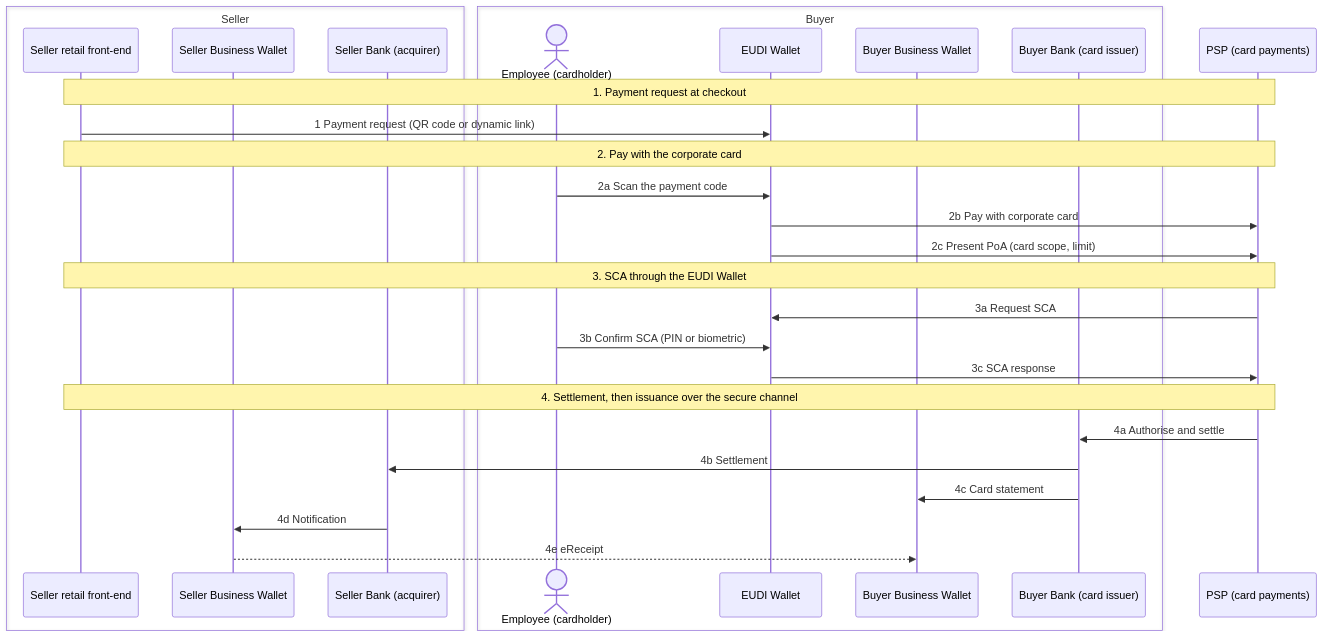
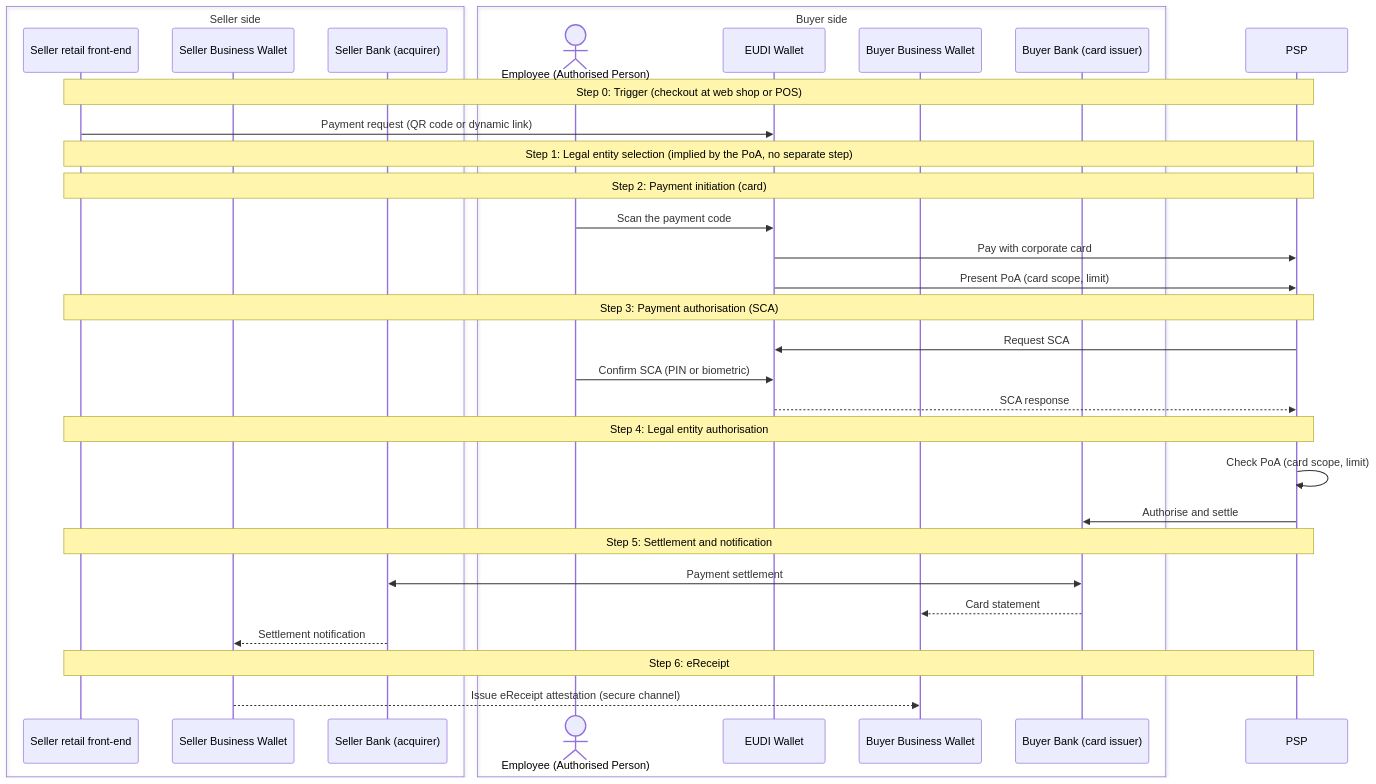
Before and after one commit to webuild-consortium/PA4: the diagram in scenario-1.3/README.md, drawn with Mermaid. The commit also changed other lines of this file and 1 other file, not shown here.

````diff
--- a/scenario-1.3/README.md
+++ b/scenario-1.3/README.md
@@ -54,35 +23,42 @@
 ```mermaid
 sequenceDiagram
-  box Seller
+  box Seller side
     participant Shop as Seller retail front-end
     participant SellerBW as Seller Business Wallet
     participant SellerBank as Seller Bank (acquirer)
   end
-  box Buyer
-    actor Employee as Employee (cardholder)
+  box Buyer side
+    actor Employee as Employee (Authorised Person)
     participant EUDI as EUDI Wallet
     participant BuyerBW as Buyer Business Wallet
     participant BuyerBank as Buyer Bank (card issuer)
   end
-  participant PSP as PSP (card payments)
+  participant PSP
 
-  note over Shop, PSP: 1. Payment request at checkout
-  Shop ->> EUDI: 1 Payment request (QR code or dynamic link)
+  note over Shop, PSP: Step 0: Trigger (checkout at web shop or POS)
+  Shop ->> EUDI: Payment request (QR code or dynamic link)
 
-  note over Shop, PSP: 2. Pay with the corporate card
-  Employee ->> EUDI: 2a Scan the payment code
-  EUDI ->> PSP: 2b Pay with corporate card
-  EUDI ->> PSP: 2c Present PoA (card scope, limit)
+  note over Shop, PSP: Step 1: Legal entity selection (implied by the PoA, no separate step)
 
-  note over Shop, PSP: 3. SCA through the EUDI Wallet
-  PSP ->> EUDI: 3a Request SCA
-  Employee ->> EUDI: 3b Confirm SCA (PIN or biometric)
-  EUDI ->> PSP: 3c SCA response
+  note over Shop, PSP: Step 2: Payment initiation (card)
+  Employee ->> EUDI: Scan the payment code
+  EUDI ->> PSP: Pay with corporate card
+  EUDI ->> PSP: Present PoA (card scope, limit)
 
-  note over Shop, PSP: 4. Settlement, then issuance over the secure channel
-  PSP ->> BuyerBank: 4a Authorise and settle
-  BuyerBank ->> SellerBank: 4b Settlement
-  BuyerBank ->> BuyerBW: 4c Card statement
-  SellerBank ->> SellerBW: 4d Notification
-  SellerBW -->> BuyerBW: 4e eReceipt
+  note over Shop, PSP: Step 3: Payment authorisation (SCA)
+  PSP ->> EUDI: Request SCA
+  Employee ->> EUDI: Confirm SCA (PIN or biometric)
+  EUDI -->> PSP: SCA response
+
+  note over Shop, PSP: Step 4: Legal entity authorisation
+  PSP ->> PSP: Check PoA (card scope, limit)
+  PSP ->> BuyerBank: Authorise and settle
+
+  note over Shop, PSP: Step 5: Settlement and notification
+  BuyerBank <<->> SellerBank: Payment settlement
+  BuyerBank -->> BuyerBW: Card statement
+  SellerBank -->> SellerBW: Settlement notification
+
+  note over Shop, PSP: Step 6: eReceipt
+  SellerBW -->> BuyerBW: Issue eReceipt attestation (secure channel)
 ```
````
